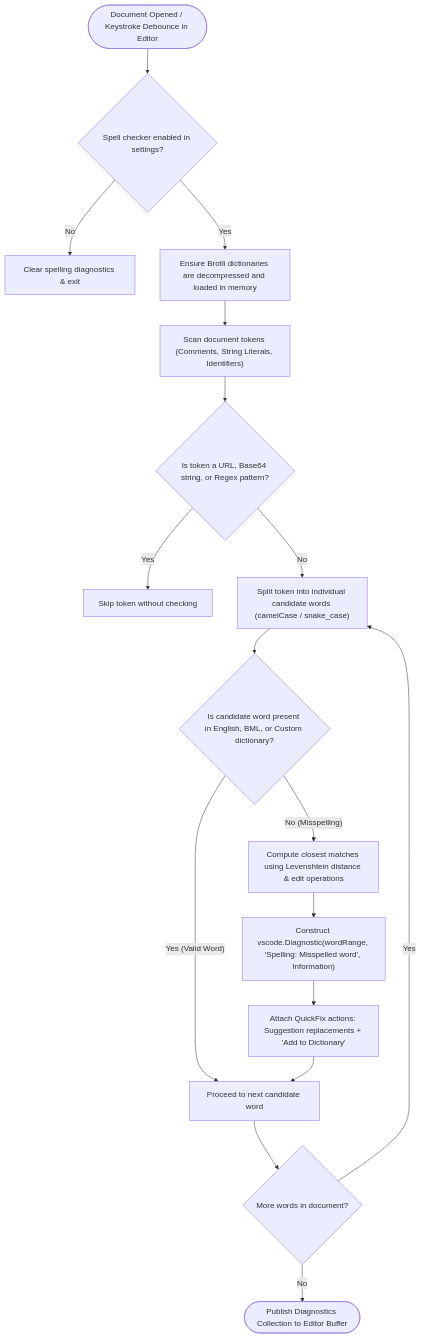
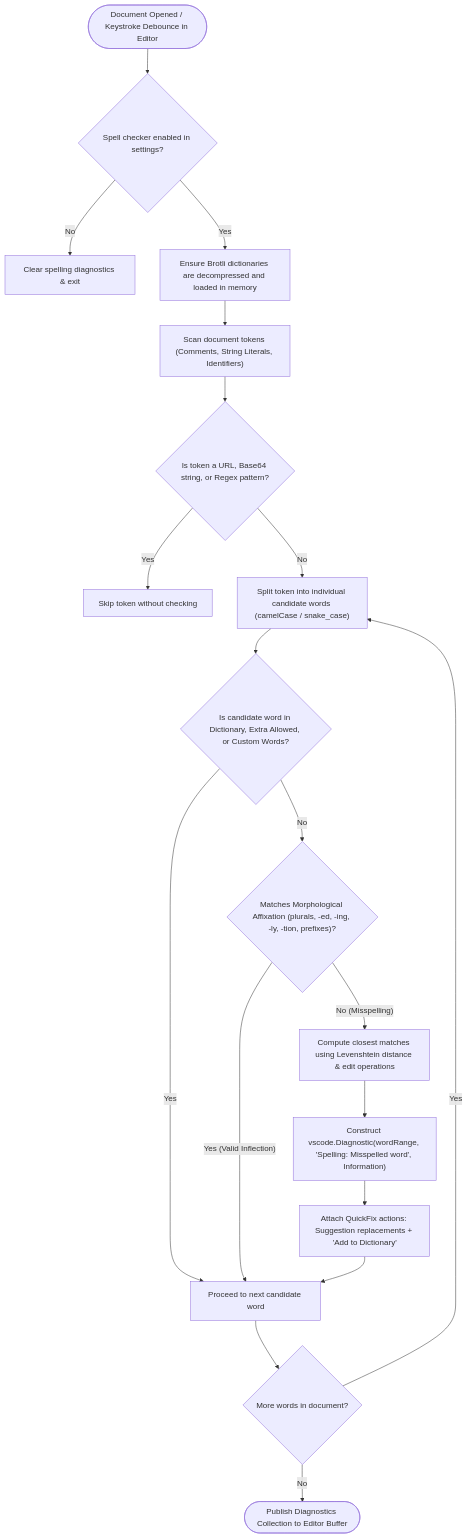
One commit to vikram-vn/cpq-bml changed the second of 6 diagrams in knowledge/BML_Spell_Check.md. Above: the diagram before and after it, drawn with Mermaid. The commit also changed 3 other files, not shown here.

Commit message:
feat: implement BML spell check engine with Brotli-compressed dictionaries, token segmentation, and Levenshtein suggestion logic

````diff
--- a/knowledge/BML_Spell_Check.md
+++ b/knowledge/BML_Spell_Check.md
@@ -52,25 +52,28 @@
 ```mermaid
 flowchart TD
     TriggerScan(["Document Opened / Keystroke Debounce in Editor"]) --> CheckEnabled{"Spell checker enabled in settings?"}
     
     CheckEnabled -->|"No"| ClearDiagnostics["Clear spelling diagnostics & exit"]
     CheckEnabled -->|"Yes"| EnsureDictLoaded["Ensure Brotli dictionaries are decompressed and loaded in memory"]
 
     EnsureDictLoaded --> ScanTokens["Scan document tokens (Comments, String Literals, Identifiers)"]
     ScanTokens --> FilterIgnored{"Is token a URL, Base64 string, or Regex pattern?"}
     
     FilterIgnored -->|"Yes"| SkipToken["Skip token without checking"]
     FilterIgnored -->|"No"| SegmentToken["Split token into individual candidate words (camelCase / snake_case)"]
 
-    SegmentToken --> CheckWordInDict{"Is candidate word present in English, BML, or Custom dictionary?"}
-    CheckWordInDict -->|"Yes (Valid Word)"| NextWord["Proceed to next candidate word"]
+    SegmentToken --> CheckWordInDict{"Is candidate word in Dictionary, Extra Allowed, or Custom Words?"}
+    CheckWordInDict -->|"Yes"| NextWord["Proceed to next candidate word"]
     
-    CheckWordInDict -->|"No (Misspelling)"| GenerateSuggestions["Compute closest matches using Levenshtein distance & edit operations"]
+    CheckWordInDict -->|"No"| CheckMorphology{"Matches Morphological Affixation (plurals, -ed, -ing, -ly, -tion, prefixes)?"}
+    CheckMorphology -->|"Yes (Valid Inflection)"| NextWord
+    CheckMorphology -->|"No (Misspelling)"| GenerateSuggestions["Compute closest matches using Levenshtein distance & edit operations"]
+
     GenerateSuggestions --> BuildDiagnostic["Construct vscode.Diagnostic(wordRange, 'Spelling: Misspelled word', Information)"]
     BuildDiagnostic --> AttachCodeActions["Attach QuickFix actions: Suggestion replacements + 'Add to Dictionary'"]
 
     AttachCodeActions --> NextWord
     NextWord --> MoreWords{"More words in document?"}
     MoreWords -->|"Yes"| SegmentToken
     MoreWords -->|"No"| PublishDiagnostics(["Publish Diagnostics Collection to Editor Buffer"])
 ```
````
